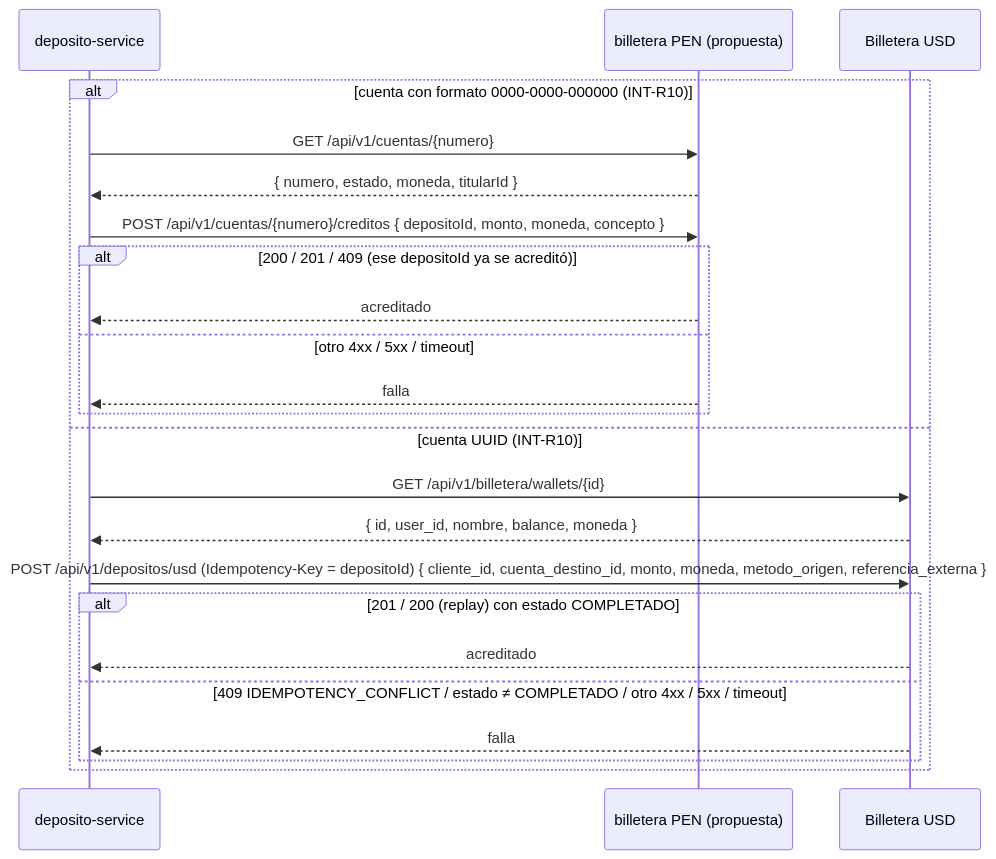
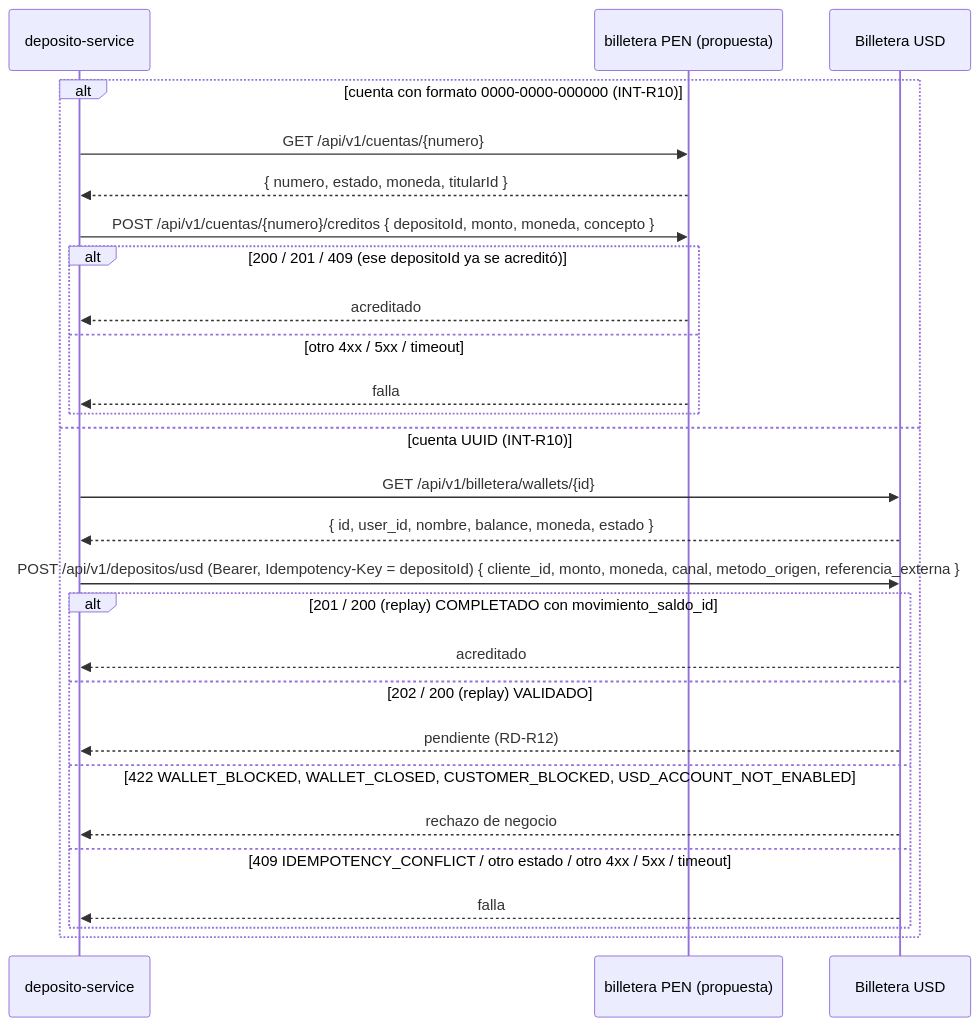
Before and after one commit to abigailDurand/Deposito-Arnes: the diagram in docs/specs-propuestas/02-integraciones.md, drawn with Mermaid. The commit also changed other lines of this file and 24 other files, not shown here.

````diff
--- a/docs/specs-propuestas/02-integraciones.md
+++ b/docs/specs-propuestas/02-integraciones.md
@@ -28,25 +30,29 @@
 ```mermaid
 sequenceDiagram
     participant D as deposito-service
     participant P as billetera PEN (propuesta)
     participant U as Billetera USD
     alt cuenta con formato 0000-0000-000000 (INT-R10)
         D->>P: GET /api/v1/cuentas/{numero}
         P-->>D: { numero, estado, moneda, titularId }
         D->>P: POST /api/v1/cuentas/{numero}/creditos { depositoId, monto, moneda, concepto }
         alt 200 / 201 / 409 (ese depositoId ya se acreditó)
             P-->>D: acreditado
         else otro 4xx / 5xx / timeout
             P-->>D: falla
         end
     else cuenta UUID (INT-R10)
         D->>U: GET /api/v1/billetera/wallets/{id}
-        U-->>D: { id, user_id, nombre, balance, moneda }
-        D->>U: POST /api/v1/depositos/usd (Idempotency-Key = depositoId) { cliente_id, cuenta_destino_id, monto, moneda, metodo_origen, referencia_externa }
-        alt 201 / 200 (replay) con estado COMPLETADO
+        U-->>D: { id, user_id, nombre, balance, moneda, estado }
+        D->>U: POST /api/v1/depositos/usd (Bearer, Idempotency-Key = depositoId) { cliente_id, monto, moneda, canal, metodo_origen, referencia_externa }
+        alt 201 / 200 (replay) COMPLETADO con movimiento_saldo_id
             U-->>D: acreditado
-        else 409 IDEMPOTENCY_CONFLICT / estado ≠ COMPLETADO / otro 4xx / 5xx / timeout
+        else 202 / 200 (replay) VALIDADO
+            U-->>D: pendiente (RD-R12)
+        else 422 WALLET_BLOCKED, WALLET_CLOSED, CUSTOMER_BLOCKED, USD_ACCOUNT_NOT_ENABLED
+            U-->>D: rechazo de negocio
+        else 409 IDEMPOTENCY_CONFLICT / otro estado / otro 4xx / 5xx / timeout
             U-->>D: falla
         end
     end
 ```
````
